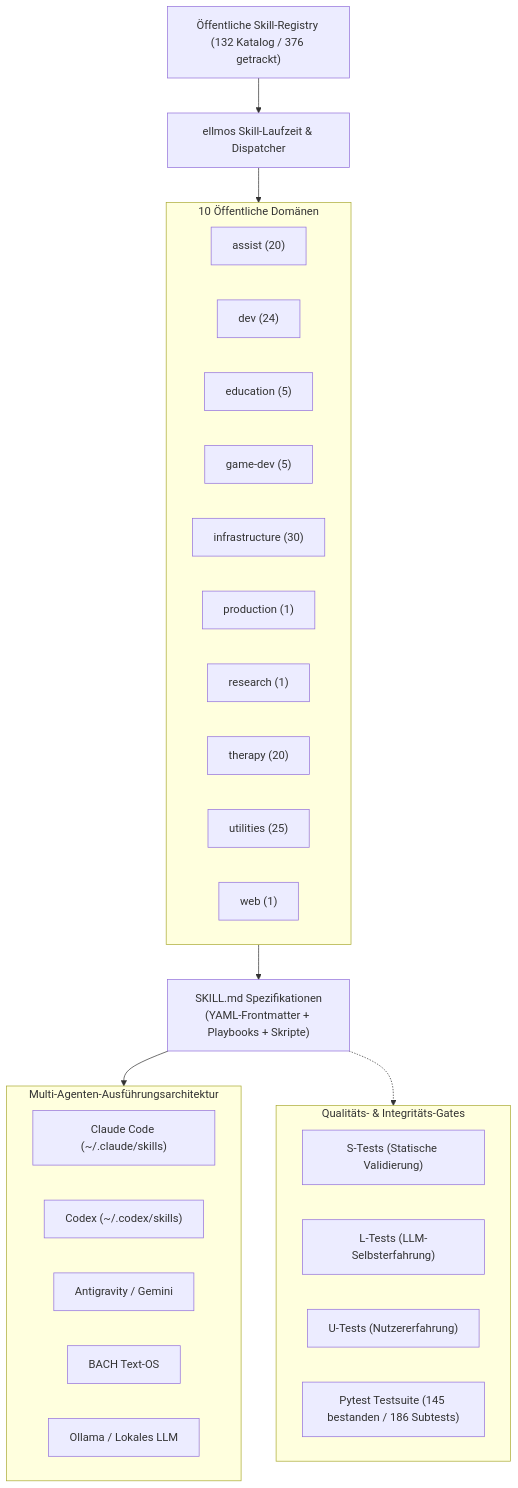
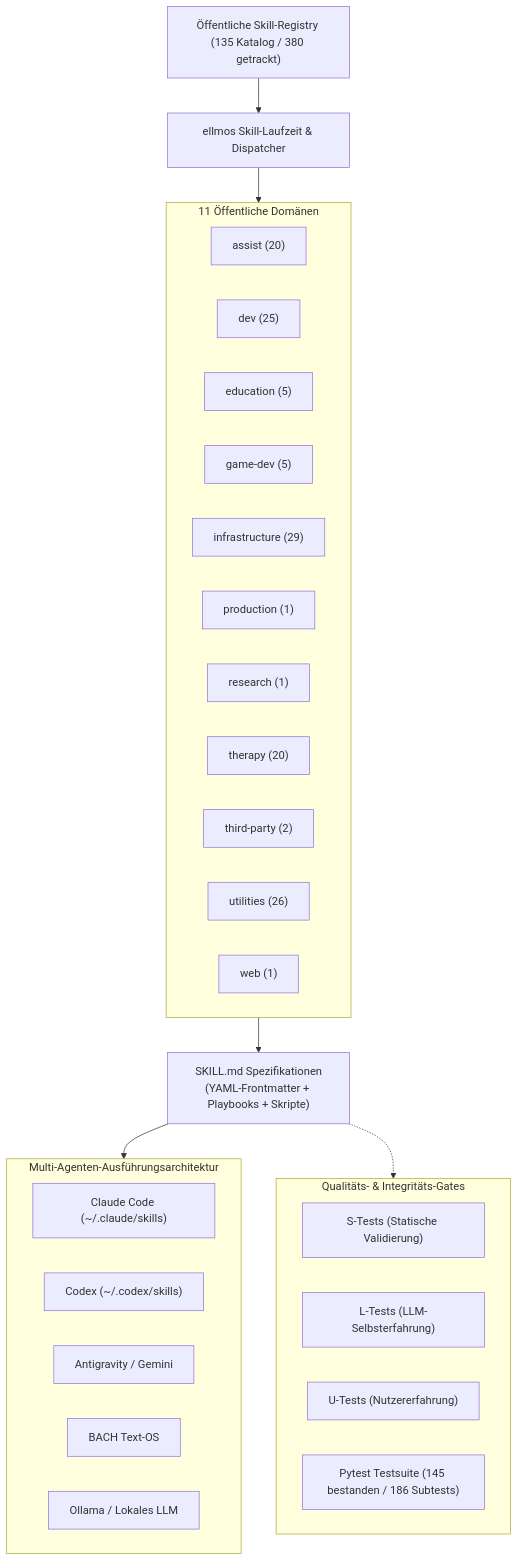
One commit to ellmos-ai/skills changed the first of 2 diagrams in README_de.md. Above: the diagram before and after it, drawn with Mermaid. The commit also changed other lines of this file and 25 other files, not shown here.

````diff
--- a/README_de.md
+++ b/README_de.md
@@ -45,39 +45,40 @@
 ```mermaid
 flowchart TD
-    Registry["Öffentliche Skill-Registry (132 Katalog / 376 getrackt)"] --> Engine["ellmos Skill-Laufzeit & Dispatcher"]
+    Registry["Öffentliche Skill-Registry (135 Katalog / 380 getrackt)"] --> Engine["ellmos Skill-Laufzeit & Dispatcher"]
     
-    subgraph Catalog ["10 Öffentliche Domänen"]
+    subgraph Catalog ["11 Öffentliche Domänen"]
         Assist["assist (20)"]
-        Dev["dev (24)"]
+        Dev["dev (25)"]
         Edu["education (5)"]
         Game["game-dev (5)"]
-        Infra["infrastructure (30)"]
+        Infra["infrastructure (29)"]
         Prod["production (1)"]
         Res["research (1)"]
         Therapy["therapy (20)"]
-        Utils["utilities (25)"]
+        ThirdParty["third-party (2)"]
+        Utils["utilities (26)"]
         Web["web (1)"]
     end
     
     Engine --> Catalog
     Catalog --> Artifacts["SKILL.md Spezifikationen\n(YAML-Frontmatter + Playbooks + Skripte)"]
     
     subgraph MultiAgentRuntimes ["Multi-Agenten-Ausführungsarchitektur"]
         ClaudeCode["Claude Code (~/.claude/skills)"]
         Codex["Codex (~/.codex/skills)"]
         AGY["Antigravity / Gemini"]
         BACH["BACH Text-OS"]
         LocalOllama["Ollama / Lokales LLM"]
     end
     
     Artifacts --> MultiAgentRuntimes
     
     subgraph QualityGates ["Qualitäts- & Integritäts-Gates"]
         STests["S-Tests (Statische Validierung)"]
         LTests["L-Tests (LLM-Selbsterfahrung)"]
         UTests["U-Tests (Nutzererfahrung)"]
         PytestSuite["Pytest Testsuite (145 bestanden / 186 Subtests)"]
     end
     
     Artifacts -.-> QualityGates
 ```
````
